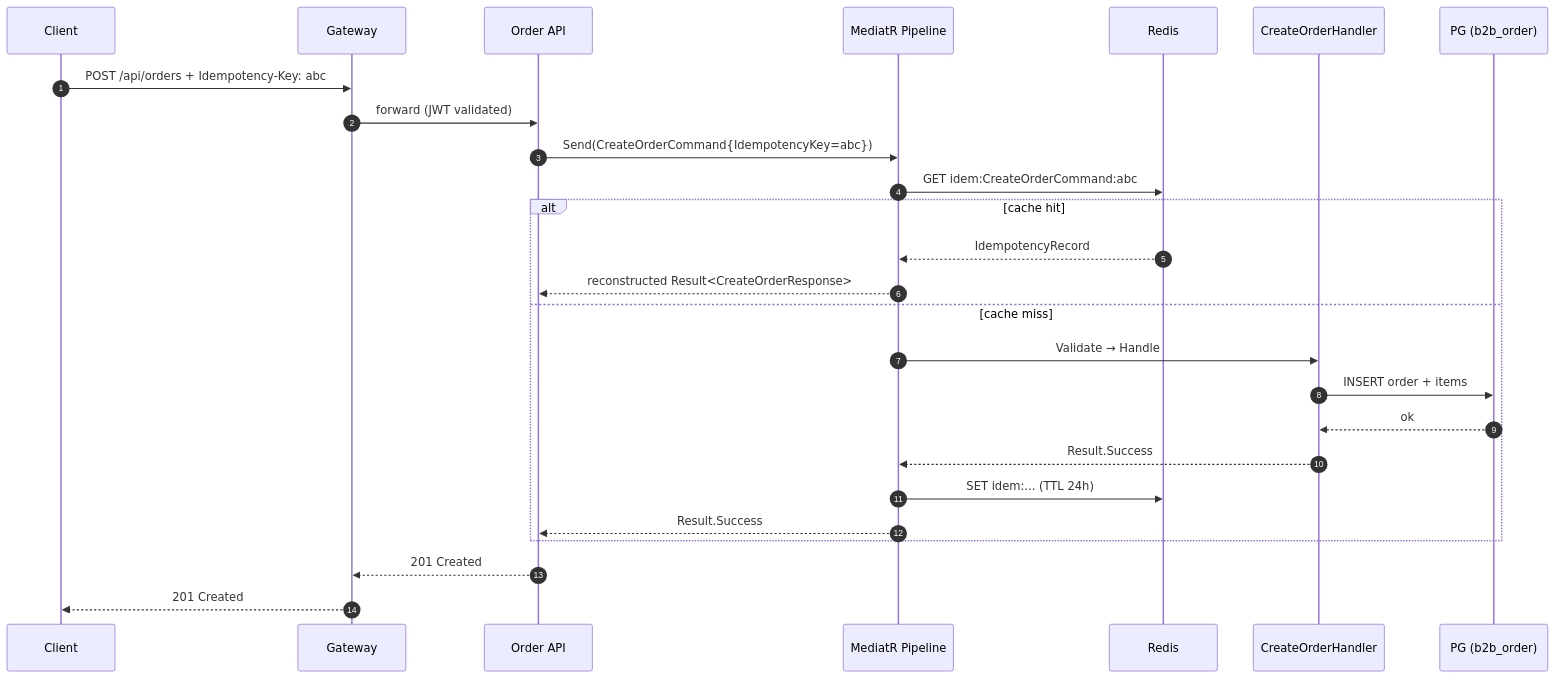
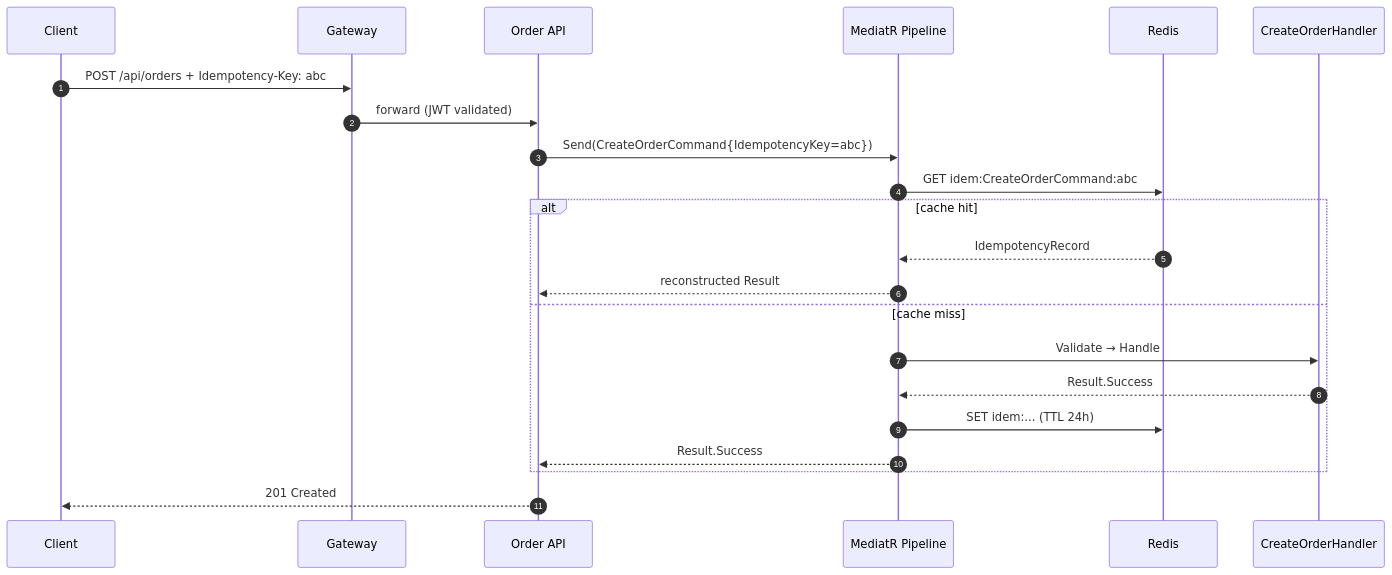
One commit to 4bitsteams/B2B-Microservice-Modern-Architecture changed the first of 2 diagrams in docs/LLD.md. Above: the diagram before and after it, drawn with Mermaid. The commit also changed other lines of this file and 27 other files, not shown here.

````diff
--- a/docs/LLD.md
+++ b/docs/LLD.md
@@ -421,29 +330,25 @@
 ```mermaid
 sequenceDiagram
   autonumber
   participant Client
   participant Gateway
   participant OrderApi as Order API
   participant Pipeline as MediatR Pipeline
   participant Redis
   participant Handler as CreateOrderHandler
-  participant DB as PG (b2b_order)
 
   Client->>Gateway: POST /api/orders + Idempotency-Key: abc
   Gateway->>OrderApi: forward (JWT validated)
   OrderApi->>Pipeline: Send(CreateOrderCommand{IdempotencyKey=abc})
   Pipeline->>Redis: GET idem:CreateOrderCommand:abc
   alt cache hit
     Redis-->>Pipeline: IdempotencyRecord
-    Pipeline-->>OrderApi: reconstructed Result<CreateOrderResponse>
+    Pipeline-->>OrderApi: reconstructed Result
   else cache miss
     Pipeline->>Handler: Validate → Handle
-    Handler->>DB: INSERT order + items
-    DB-->>Handler: ok
     Handler-->>Pipeline: Result.Success
     Pipeline->>Redis: SET idem:... (TTL 24h)
     Pipeline-->>OrderApi: Result.Success
   end
-  OrderApi-->>Gateway: 201 Created
-  Gateway-->>Client: 201 Created
+  OrderApi-->>Client: 201 Created
 ```
````
